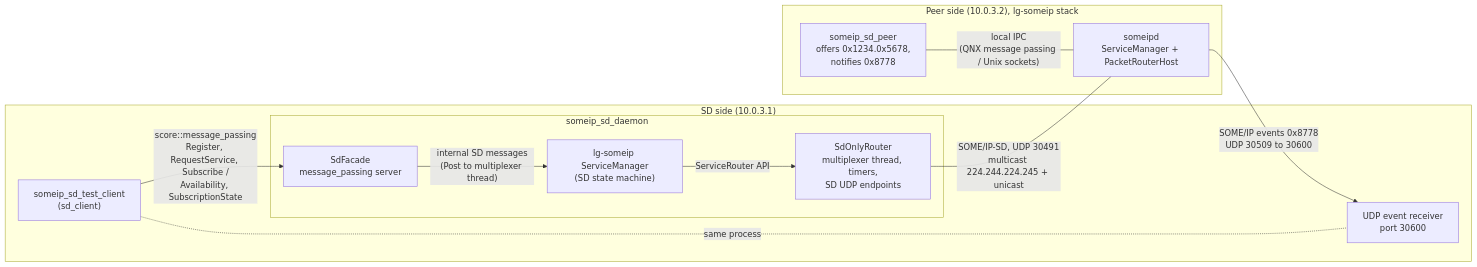
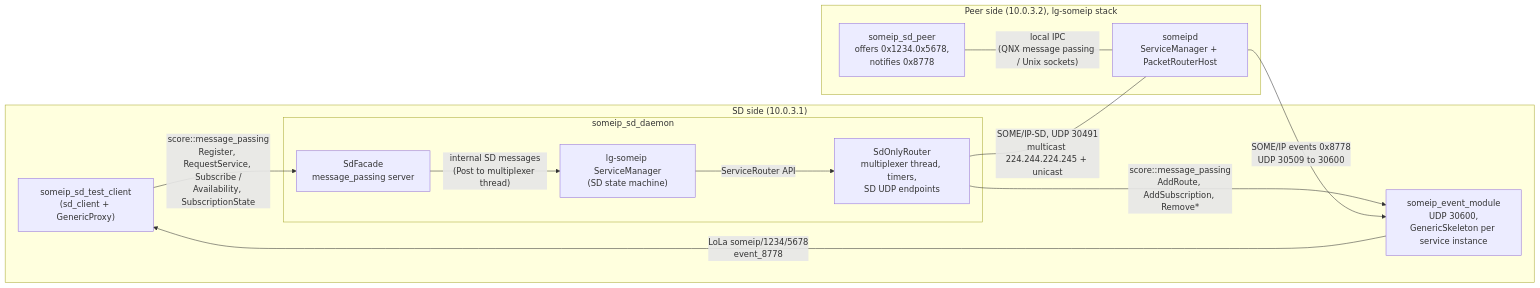
Before and after one commit to sergejwinterbmw/communication: the first of 2 diagrams in experimental/someip_sd/README.md, drawn with Mermaid. The commit also changed other lines of this file, not shown here.

Commit message:
add event module

````diff
--- a/experimental/someip_sd/README.md
+++ b/experimental/someip_sd/README.md
@@ -33,25 +34,26 @@
 ```mermaid
 flowchart LR
     subgraph SD["SD side (10.0.3.1)"]
-        client["someip_sd_test_client<br/>(sd_client)"]
+        client["someip_sd_test_client<br/>(sd_client + GenericProxy)"]
         subgraph daemon["someip_sd_daemon"]
             facade["SdFacade<br/>message_passing server"]
             sm["lg-someip ServiceManager<br/>(SD state machine)"]
             router["SdOnlyRouter<br/>multiplexer thread, timers,<br/>SD UDP endpoints"]
         end
-        rx["UDP event receiver<br/>port 30600"]
+        module["someip_event_module<br/>UDP 30600,<br/>GenericSkeleton per service instance"]
     end
 
     subgraph Peer["Peer side (10.0.3.2), lg-someip stack"]
         someipd["someipd<br/>ServiceManager + PacketRouterHost"]
         peer["someip_sd_peer<br/>offers 0x1234.0x5678,<br/>notifies 0x8778"]
     end
 
     client -- "score::message_passing<br/>Register, RequestService, Subscribe /<br/>Availability, SubscriptionState" --> facade
     facade -- "internal SD messages<br/>(Post to multiplexer thread)" --> sm
     sm -- "ServiceRouter API" --> router
+    router -- "score::message_passing<br/>AddRoute, AddSubscription, Remove*" --> module
     router -- "SOME/IP-SD, UDP 30491<br/>multicast 224.244.224.245 + unicast" --- someipd
     peer -- "local IPC<br/>(QNX message passing / Unix sockets)" --- someipd
-    someipd -- "SOME/IP events 0x8778<br/>UDP 30509 to 30600" --> rx
-    client -. "same process" .- rx
+    someipd -- "SOME/IP events 0x8778<br/>UDP 30509 to 30600" --> module
+    module -- "LoLa someip/1234/5678<br/>event_8778" --> client
 ```
````
